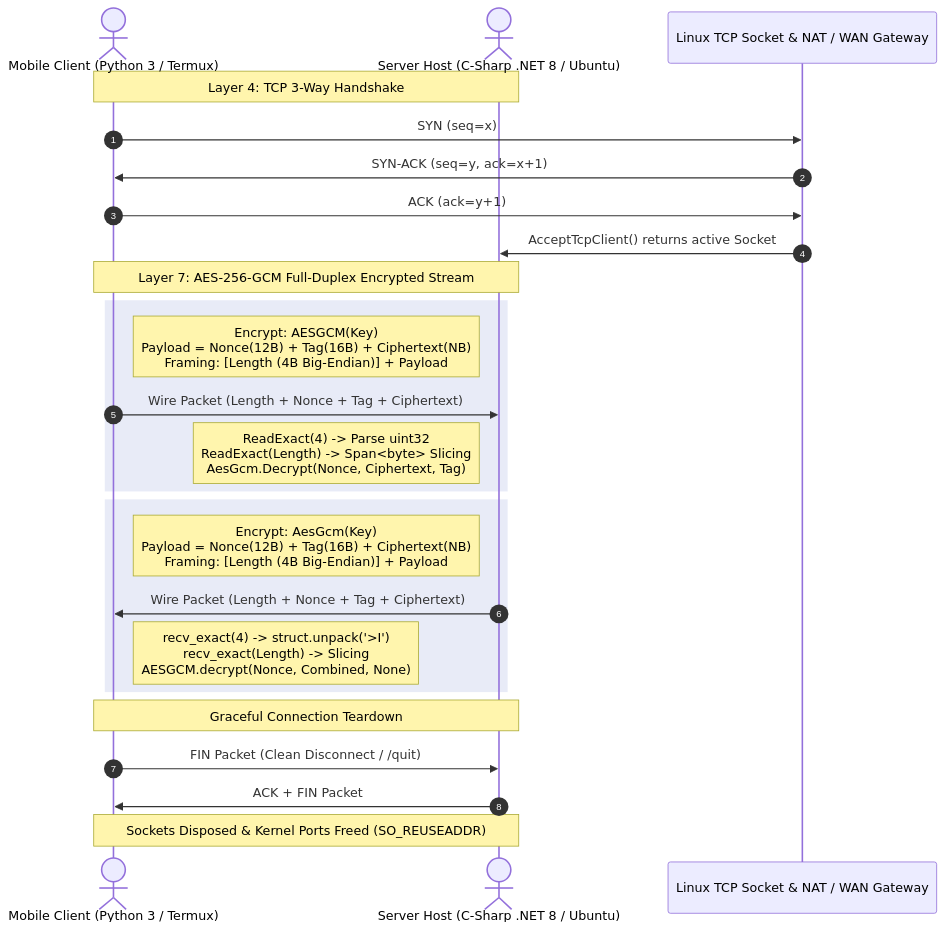
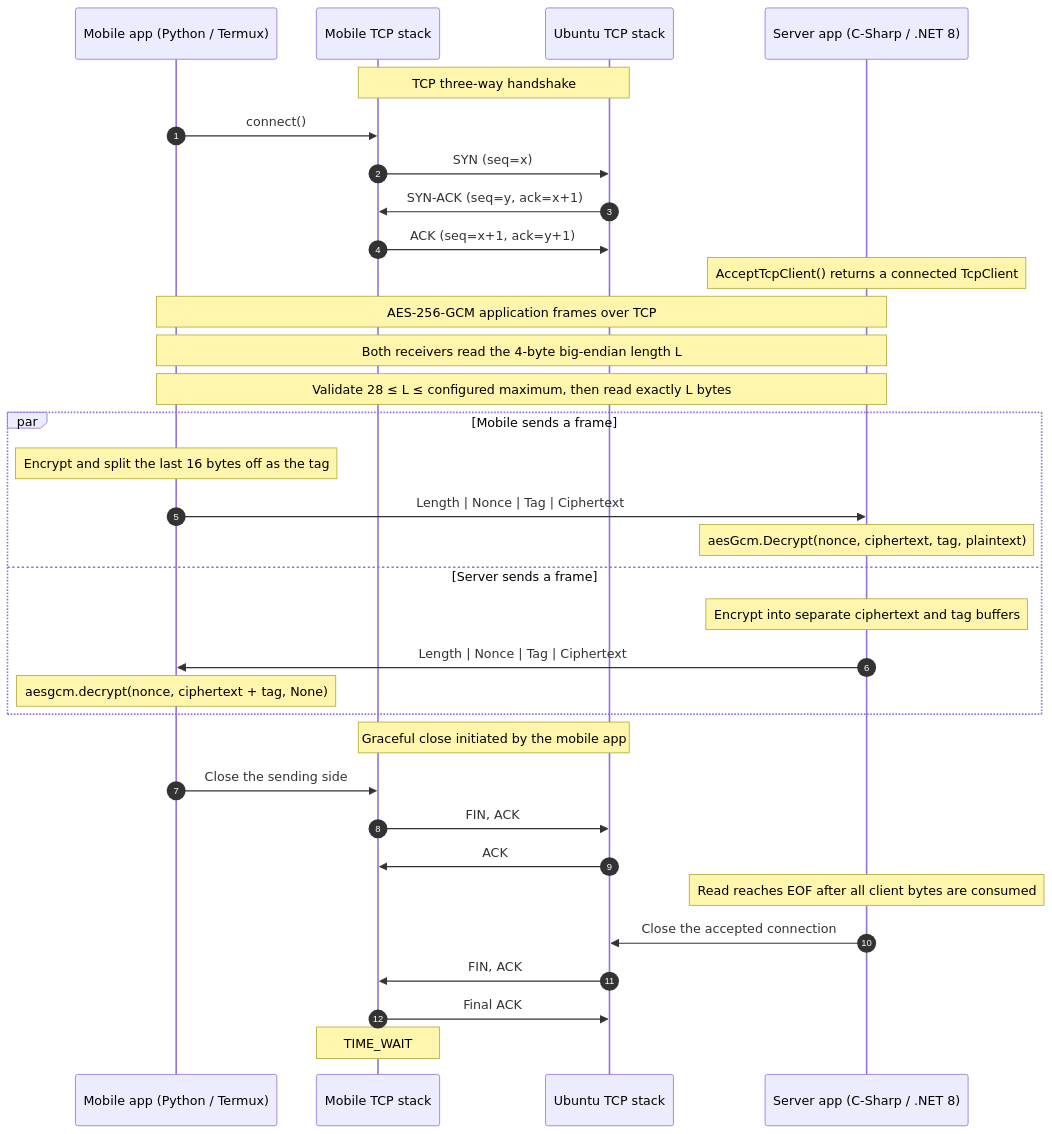
Before and after one commit to khodor-harakeh/encrypted-chat: the diagram in ARCHITECTURE.md, drawn with Mermaid.

Commit message:
Update architecture diagram for TCP and AES flow

````diff
--- a/ARCHITECTURE.md
+++ b/ARCHITECTURE.md
@@ -1,31 +1,39 @@
 ```mermaid
 sequenceDiagram
     autonumber
-    actor MobileUser as Mobile Client (Python 3 / Termux)
-    actor ServerAdmin as Server Host (C-Sharp .NET 8 / Ubuntu)
-    participant Kernel as Linux TCP Socket & NAT / WAN Gateway
+    participant M as Mobile app (Python / Termux)
+    participant C as Mobile TCP stack
+    participant T as Ubuntu TCP stack
+    participant S as Server app (C-Sharp / .NET 8)
 
-    Note over MobileUser, ServerAdmin: Layer 4: TCP 3-Way Handshake
-    MobileUser->>Kernel: SYN (seq=x)
-    Kernel->>MobileUser: SYN-ACK (seq=y, ack=x+1)
-    MobileUser->>Kernel: ACK (ack=y+1)
-    Kernel->>ServerAdmin: AcceptTcpClient() returns active Socket
+    Note over C,T: TCP three-way handshake
+    M->>C: connect()
+    C->>T: SYN (seq=x)
+    T->>C: SYN-ACK (seq=y, ack=x+1)
+    C->>T: ACK (seq=x+1, ack=y+1)
+    Note over S: AcceptTcpClient() returns a connected TcpClient
 
-    Note over MobileUser, ServerAdmin: Layer 7: AES-256-GCM Full-Duplex Encrypted Stream
-    rect rgba(100, 120, 200, 0.15)
-        Note right of MobileUser: Encrypt: AESGCM(Key)<br/>Payload = Nonce(12B) + Tag(16B) + Ciphertext(NB)<br/>Framing: [Length (4B Big-Endian)] + Payload
-        MobileUser->>ServerAdmin: Wire Packet (Length + Nonce + Tag + Ciphertext)
-        Note left of ServerAdmin: ReadExact(4) -> Parse uint32<br/>ReadExact(Length) -> Span<byte> Slicing<br/>AesGcm.Decrypt(Nonce, Ciphertext, Tag)
+    Note over M,S: AES-256-GCM application frames over TCP
+    Note over M,S: Both receivers read the 4-byte big-endian length L
+    Note over M,S: Validate 28 ≤ L ≤ configured maximum, then read exactly L bytes
+
+    par Mobile sends a frame
+        Note over M: Encrypt and split the last 16 bytes off as the tag
+        M->>S: Length | Nonce | Tag | Ciphertext
+        Note over S: aesGcm.Decrypt(nonce, ciphertext, tag, plaintext)
+    and Server sends a frame
+        Note over S: Encrypt into separate ciphertext and tag buffers
+        S->>M: Length | Nonce | Tag | Ciphertext
+        Note over M: aesgcm.decrypt(nonce, ciphertext + tag, None)
     end
 
-    rect rgba(100, 120, 200, 0.15)
-        Note left of ServerAdmin: Encrypt: AesGcm(Key)<br/>Payload = Nonce(12B) + Tag(16B) + Ciphertext(NB)<br/>Framing: [Length (4B Big-Endian)] + Payload
-        ServerAdmin->>MobileUser: Wire Packet (Length + Nonce + Tag + Ciphertext)
-        Note right of MobileUser: recv_exact(4) -> struct.unpack('>I')<br/>recv_exact(Length) -> Slicing<br/>AESGCM.decrypt(Nonce, Combined, None)
-    end
-
-    Note over MobileUser, ServerAdmin: Graceful Connection Teardown
-    MobileUser->>ServerAdmin: FIN Packet (Clean Disconnect / /quit)
-    ServerAdmin->>MobileUser: ACK + FIN Packet
-    Note over MobileUser, ServerAdmin: Sockets Disposed & Kernel Ports Freed (SO_REUSEADDR)
+    Note over C,T: Graceful close initiated by the mobile app
+    M->>C: Close the sending side
+    C->>T: FIN, ACK
+    T->>C: ACK
+    Note over S: Read reaches EOF after all client bytes are consumed
+    S->>T: Close the accepted connection
+    T->>C: FIN, ACK
+    C->>T: Final ACK
+    Note over C: TIME_WAIT
 ```
````
